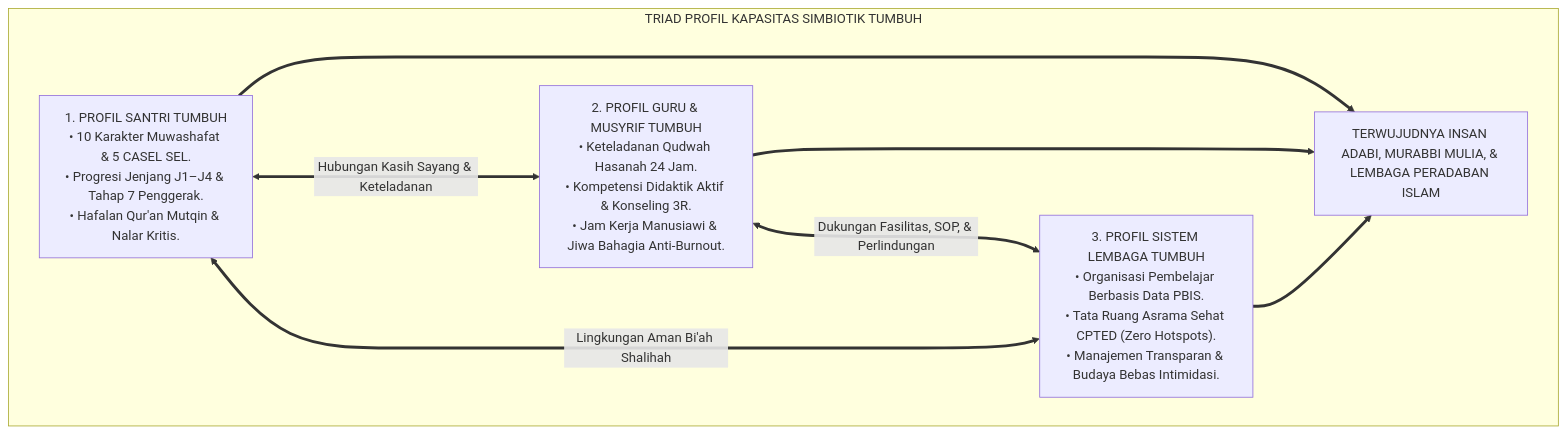
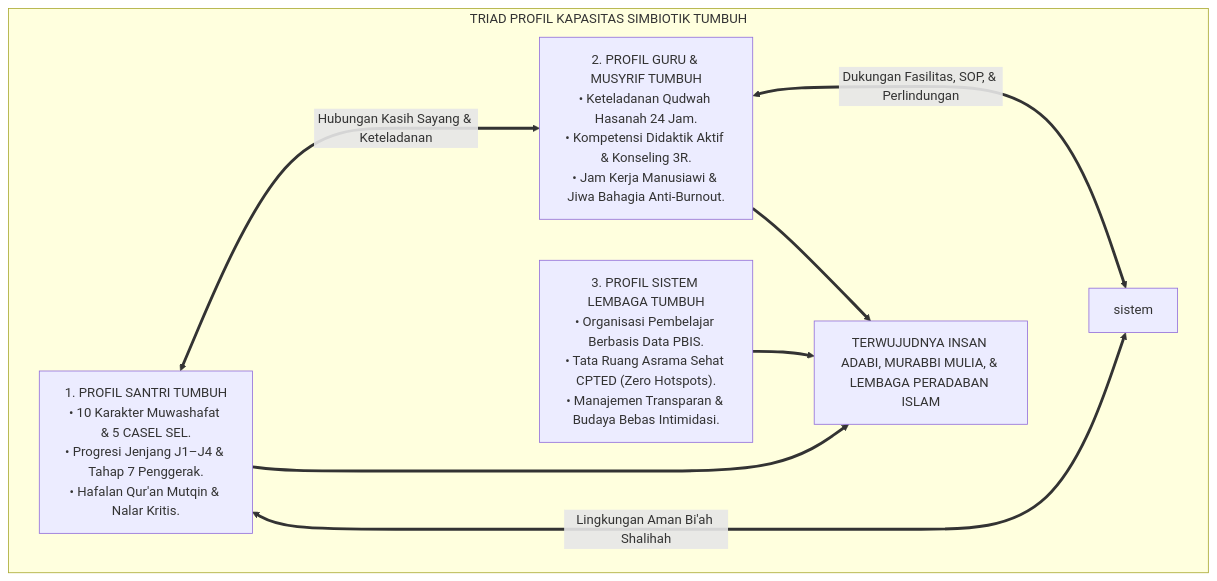
The first of 5 diagrams in 03 Capacity Framework/01 Graduate Profile/P3-01-01-Triad-Profil-Kapasitas.md (wandiapriliyandi/tumbuh), drawn with Mermaid before and after one commit. The commit also changed other lines of this file and 605 other files, not shown here.

````diff
--- a/03 Capacity Framework/01 Graduate Profile/P3-01-01-Triad-Profil-Kapasitas.md
+++ b/03 Capacity Framework/01 Graduate Profile/P3-01-01-Triad-Profil-Kapasitas.md
@@ -58,17 +58,16 @@
 ```mermaid
 flowchart TD
     subgraph ArsitekturTriadProfilKapasitas["TRIAD PROFIL KAPASITAS SIMBIOTIK TUMBUH"]
         Santri["1. PROFIL SANTRI TUMBUH<br/>• 10 Karakter Muwashafat & 5 CASEL SEL.<br/>• Progresi Jenjang J1–J4 & Tahap 7 Penggerak.<br/>• Hafalan Qur'an Mutqin & Nalar Kritis."]
         
         Guru["2. PROFIL GURU & MUSYRIF TUMBUH<br/>• Keteladanan Qudwah Hasanah 24 Jam.<br/>• Kompetensi Didaktik Aktif & Konseling 3R.<br/>• Jam Kerja Manusiawi & Jiwa Bahagia Anti-Burnout."]
         
         Sistem["3. PROFIL SISTEM LEMBAGA TUMBUH<br/>• Organisasi Pembelajar Berbasis Data PBIS.<br/>• Tata Ruang Asrama Sehat CPTED (Zero Hotspots).<br/>• Manajemen Transparan & Budaya Bebas Intimidasi."]
         
         Santri <===>|Hubungan Kasih Sayang & Keteladanan| Guru
-        Guru <===>|Dukungan Fasilitas, SOP, & Perlindungan| Sistem
-        Sistem <===>|Lingkungan Aman Bi'ah Shalihah| Santri
+        Guru <===>|Dukungan Fasilitas, SOP, & Perlindungan| sistem <===>|Lingkungan Aman Bi'ah Shalihah| Santri
         
         Pusat["TERWUJUDNYA INSAN ADABI, MURABBI MULIA, & LEMBAGA PERADABAN ISLAM"]
         Santri & Guru & Sistem ==> Pusat
     end
 ```
````
